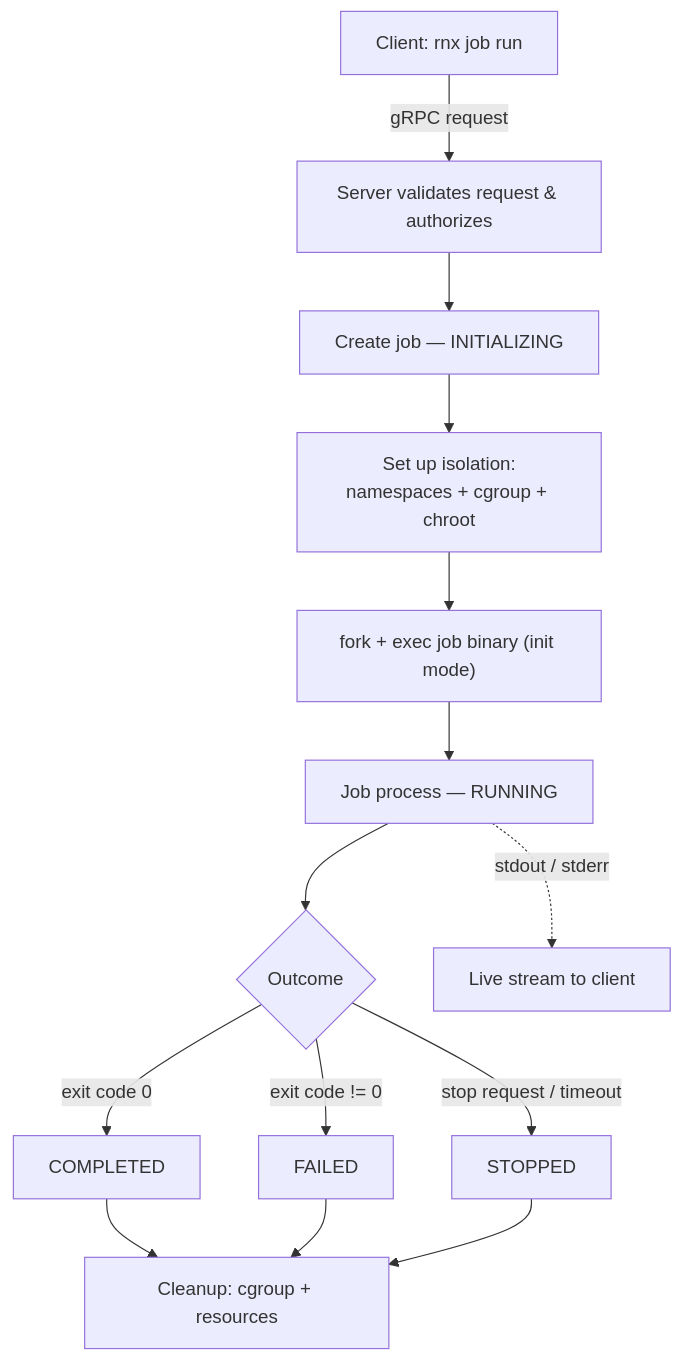
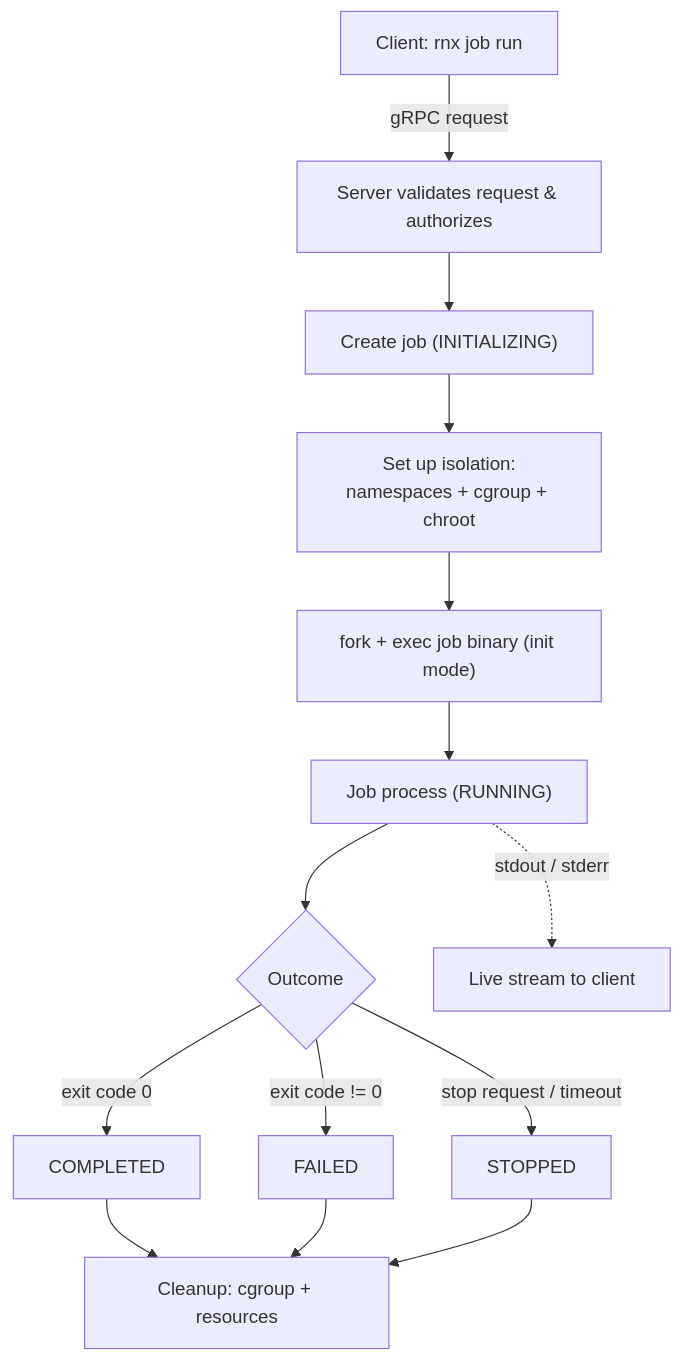
Before and after one commit to ehsaniara/joblet: the second of 3 diagrams in docs/DESIGN.md, drawn with Mermaid. The commit also changed other lines of this file and 77 other files, not shown here.

````diff
--- a/docs/DESIGN.md
+++ b/docs/DESIGN.md
@@ -172,16 +180,16 @@
 ```mermaid
 flowchart TD
     A["Client: rnx job run"] -->|"gRPC request"| B["Server validates request & authorizes"]
-    B --> C["Create job — INITIALIZING"]
+    B --> C["Create job (INITIALIZING)"]
     C --> D["Set up isolation:<br/>namespaces + cgroup + chroot"]
     D --> E["fork + exec job binary (init mode)"]
-    E --> F["Job process — RUNNING"]
+    E --> F["Job process (RUNNING)"]
     F --> G{"Outcome"}
     G -->|"exit code 0"| H["COMPLETED"]
     G -->|"exit code != 0"| I["FAILED"]
     G -->|"stop request / timeout"| J["STOPPED"]
     H --> K["Cleanup: cgroup + resources"]
     I --> K
     J --> K
     F -.->|"stdout / stderr"| L["Live stream to client"]
 ```
````
